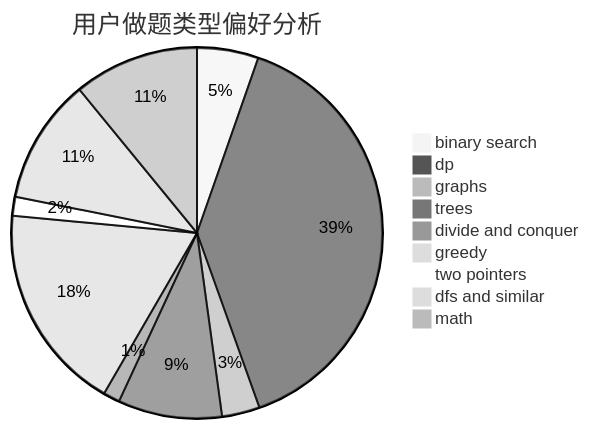
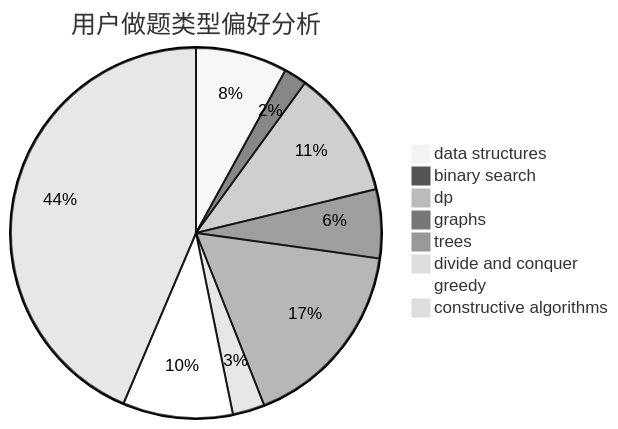
The second of 3 diagrams in docs/user/u2236.md (sherpahu/cfrs.github.io), drawn with Mermaid (neutral theme) before and after one commit. The commit also changed other lines of this file and 2775 other files, not shown here.

````diff
--- a/docs/user/u2236.md
+++ b/docs/user/u2236.md
@@ -23,12 +23,11 @@
 ```mermaid
 pie title 用户做题类型偏好分析
-    "binary search" :  26
-    "dp" :  190
-    "graphs" :  16
-    "trees" :  44
+    "data structures" :  20
+    "binary search" :  5
+    "dp" :  28
+    "graphs" :  15
+    "trees" :  42
     "divide and conquer" :  7
-    "greedy" :  88
-    "two pointers" :  8
-    "dfs and similar" :  53
-    "math" :  53
+    "greedy" :  24
+    "constructive algorithms" :  109
 ```
````
